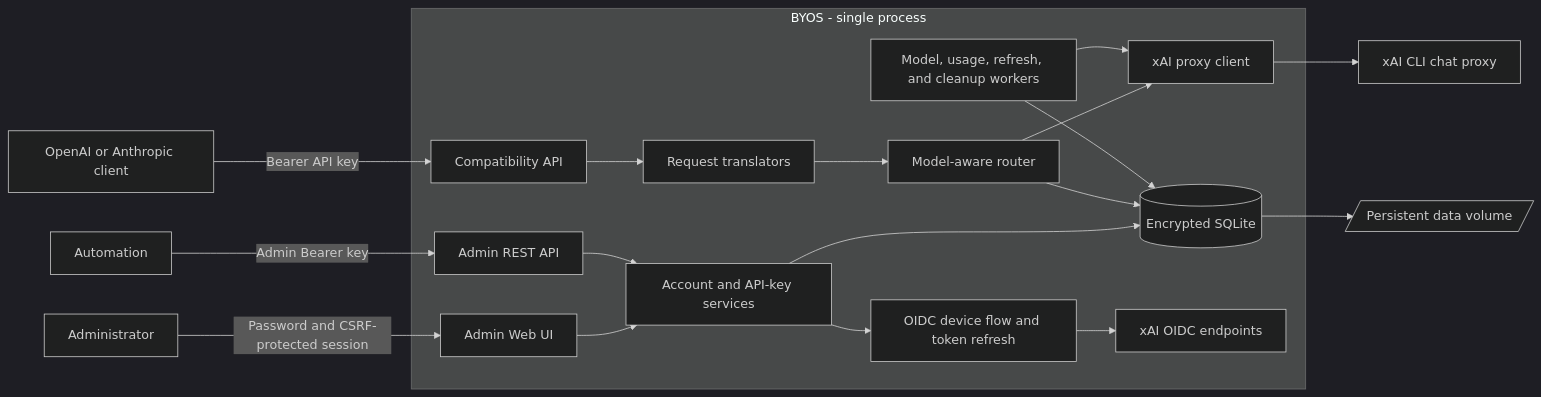
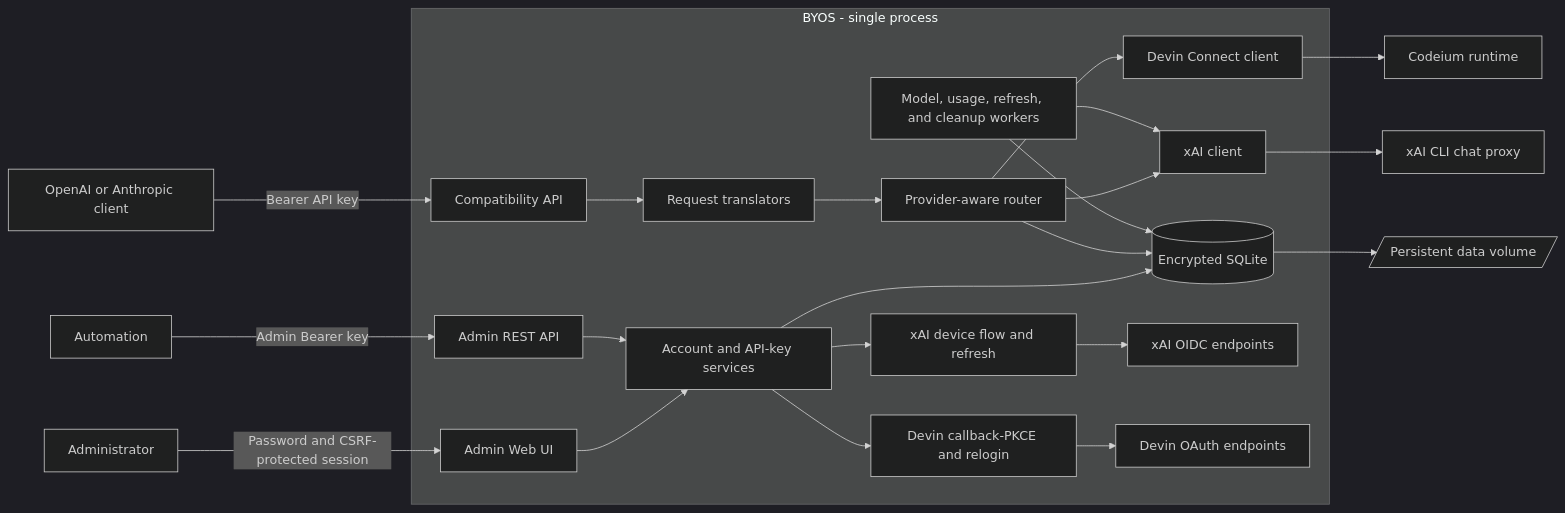
The diagram in README.md (Recursive-Self-Improving/byos), drawn with Mermaid (dark theme) before and after one commit. The commit also changed other lines of this file and 167 other files, not shown here.

````diff
--- a/README.md
+++ b/README.md
@@ -21,23 +24,27 @@
 ```mermaid
 flowchart LR
     C[OpenAI or Anthropic client] -->|Bearer API key| API[Compatibility API]
     A[Administrator] -->|Password and CSRF-protected session| UI[Admin Web UI]
     M[Automation] -->|Admin Bearer key| ADMIN[Admin REST API]
 
     subgraph S[BYOS - single process]
         API --> T[Request translators]
         UI --> AS[Account and API-key services]
         ADMIN --> AS
-        T --> R[Model-aware router]
-        R --> P[xAI proxy client]
-        AS --> O[OIDC device flow and token refresh]
+        T --> R[Provider-aware router]
+        R --> PX[xAI client]
+        R --> PD[Devin Connect client]
+        AS --> OX[xAI device flow and refresh]
+        AS --> OD[Devin callback-PKCE and relogin]
         AS --> DB[(Encrypted SQLite)]
         R --> DB
         W[Model, usage, refresh, and cleanup workers] --> DB
-        W --> P
-        O --> XID[xAI OIDC endpoints]
+        W --> PX
+        OX --> XID[xAI OIDC endpoints]
+        OD --> DAuth[Devin OAuth endpoints]
     end
 
-    P --> XAI[xAI CLI chat proxy]
+    PX --> XAI[xAI CLI chat proxy]
+    PD --> DEV[Codeium runtime]
     DB --> V[/Persistent data volume/]
 ```
````
